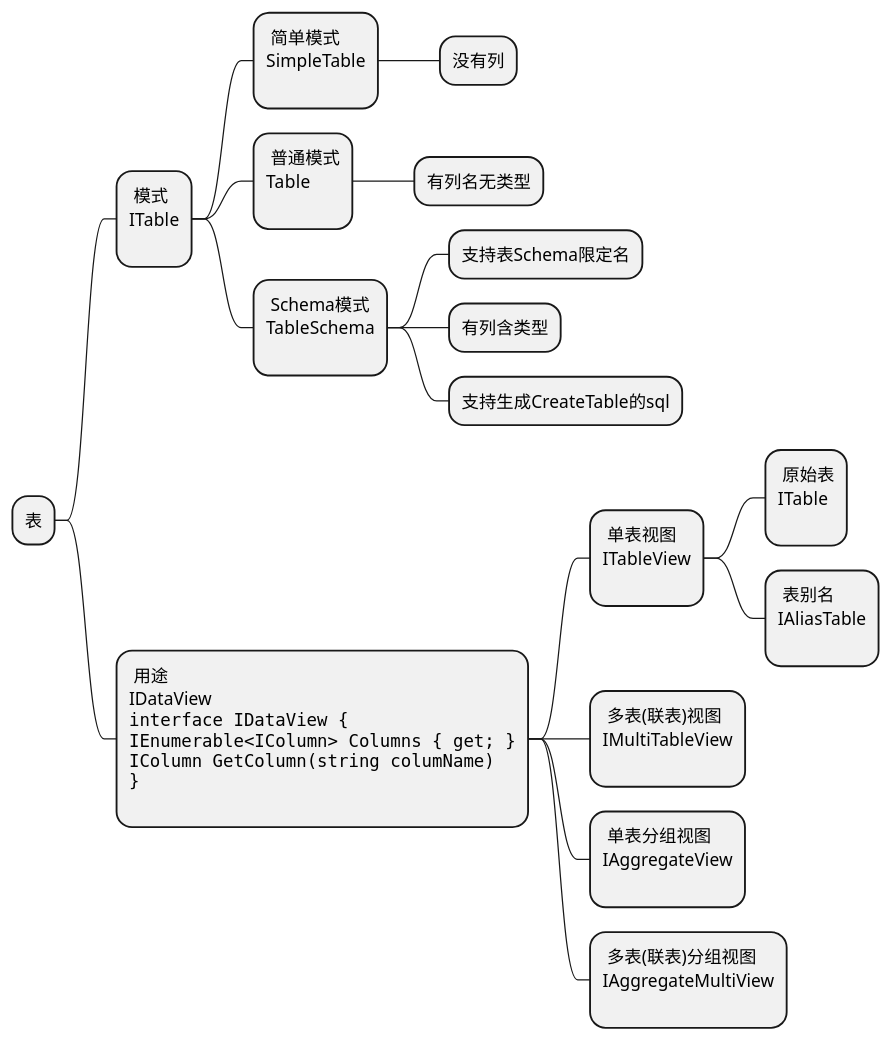
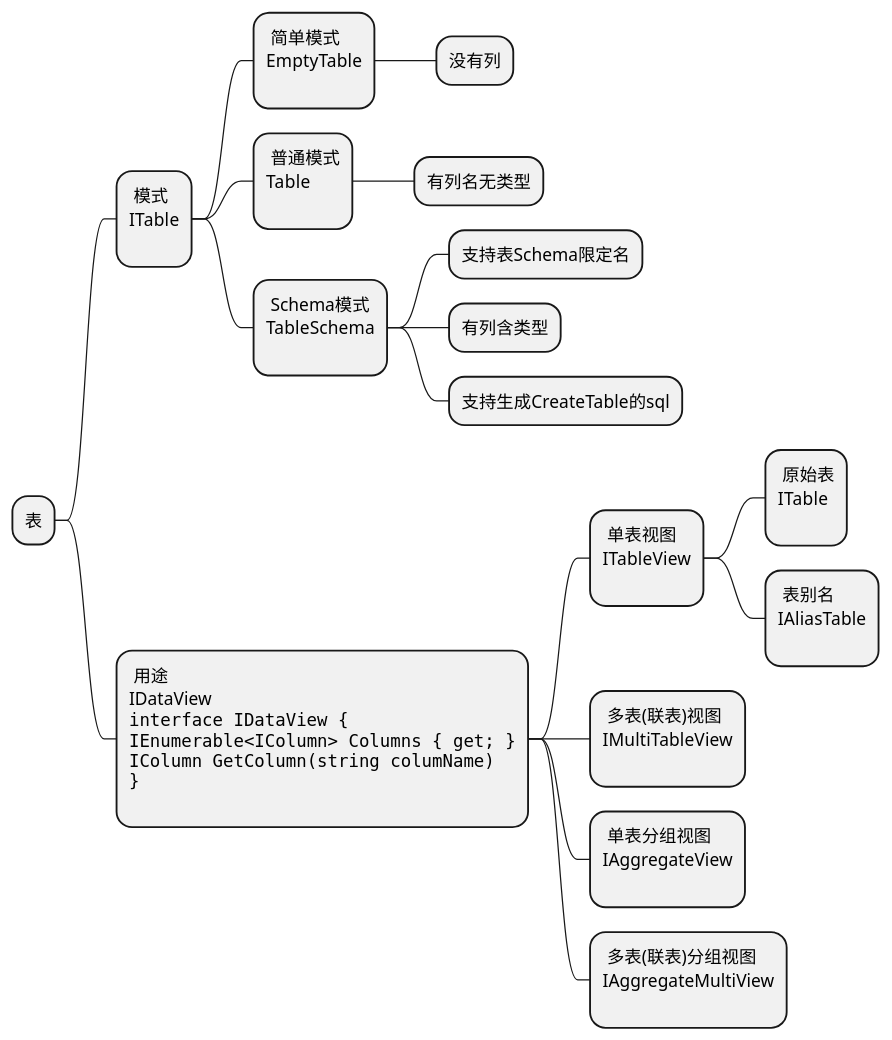
Before and after one commit to donetsoftwork/Shadow: the diagram in ShadowSql.Core/Identifiers/Table.puml, drawn with PlantUML. The commit also changed 310 other files, not shown here.

```diff
--- a/ShadowSql.Core/Identifiers/Table.puml
+++ b/ShadowSql.Core/Identifiers/Table.puml
@@ -1,51 +1,51 @@
 @startmindmap 表
 * 表
 **: 模式
 ITable
 ;
 ***: 简单模式
-SimpleTable
+EmptyTable
 ;
 **** 没有列
 
 ***: 普通模式
 Table
 ;
 **** 有列名无类型
 
 ***: Schema模式
 TableSchema
 ;
 **** 支持表Schema限定名
 **** 有列含类型
 **** 支持生成CreateTable的sql
 
 **: 用途
 IDataView
 <code>
 interface IDataView {
 IEnumerable<IColumn> Columns { get; }
 IColumn GetColumn(string columName)
 }
 </code>
 ;
 
 ***: 单表视图
 ITableView
 ;
 ****: 原始表
 ITable
 ;
 ****: 表别名
 IAliasTable
 ;
 ***: 多表(联表)视图
 IMultiTableView
 ;
 ***: 单表分组视图
 IAggregateView
 ;
 ***: 多表(联表)分组视图
 IAggregateMultiView
 ;
 @endmindmap
```
